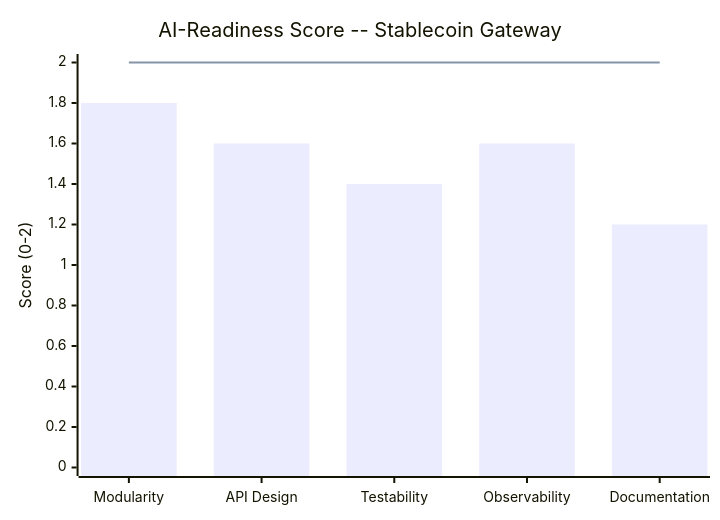
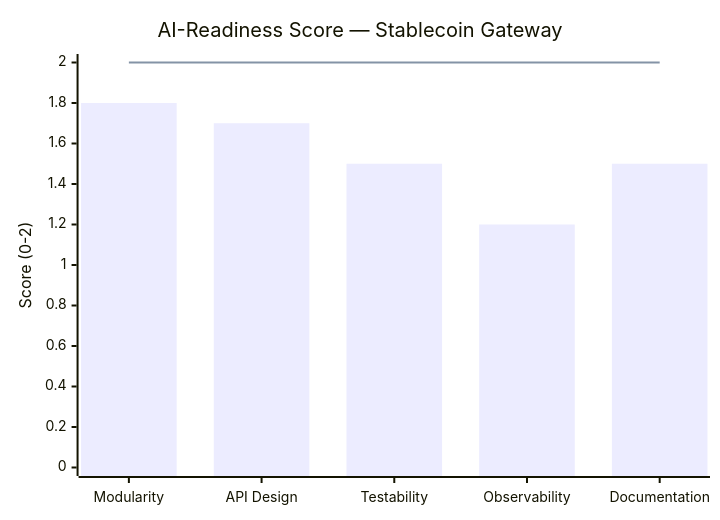
One commit to Tamoura/Claude-Code-creates-the-SW-company changed diagram 12 of 12 in products/stablecoin-gateway/docs/AUDIT-REPORT.md. Above: the diagram before and after it, drawn with Mermaid. The commit also changed other lines of this file and 9 other files, not shown here.

First line of the commit message:
fix(stablecoin-gateway): phase0 audit remediation + quality reports

````diff
--- a/products/stablecoin-gateway/docs/AUDIT-REPORT.md
+++ b/products/stablecoin-gateway/docs/AUDIT-REPORT.md
@@ -649,8 +989,8 @@
 ```mermaid
 xychart-beta
-    title "AI-Readiness Score -- Stablecoin Gateway"
+    title "AI-Readiness Score — Stablecoin Gateway"
     x-axis ["Modularity", "API Design", "Testability", "Observability", "Documentation"]
     y-axis "Score (0-2)" 0 --> 2
-    bar [1.8, 1.6, 1.4, 1.6, 1.2]
+    bar [1.8, 1.7, 1.5, 1.2, 1.5]
     line [2, 2, 2, 2, 2]
 ```
````
